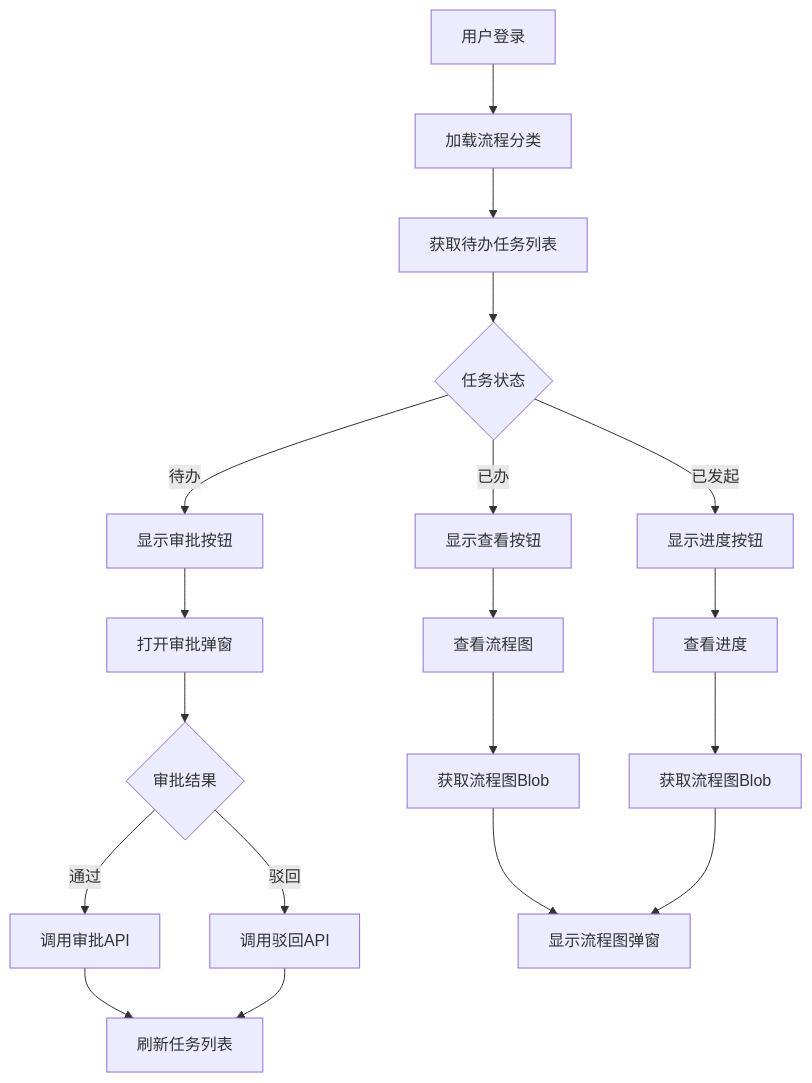
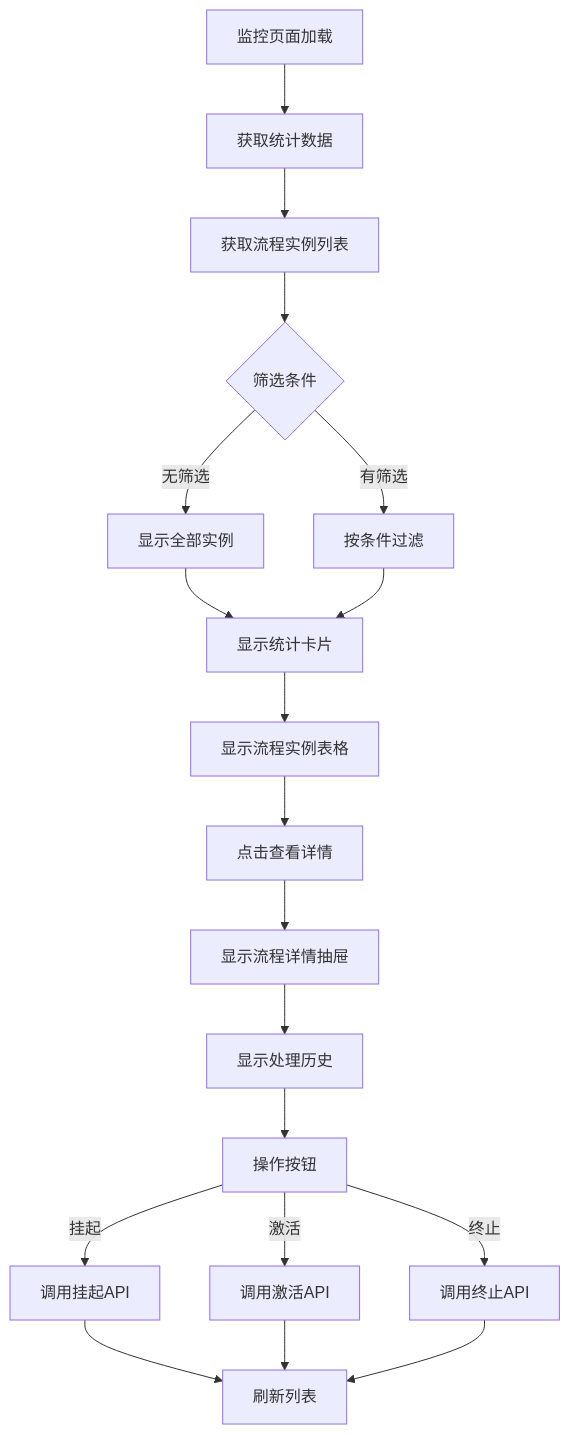
Before and after one commit to yaomindong1996/forge-admin: the fifth of 11 diagrams in .qoder/repowiki/zh/content/前端框架详解/前端工作流组件.md, drawn with Mermaid. The commit also changed other lines of this file and 95 other files, not shown here.

````diff
--- a/.qoder/repowiki/zh/content/前端框架详解/前端工作流组件.md
+++ b/.qoder/repowiki/zh/content/前端框架详解/前端工作流组件.md
@@ -250,21 +414,21 @@
 ```mermaid
 flowchart TD
-A[用户登录] --> B[加载流程分类]
-B --> C[获取待办任务列表]
-C --> D{任务状态}
-D --> |待办| E[显示审批按钮]
-D --> |已办| F[显示查看按钮]
-D --> |已发起| G[显示进度按钮]
-E --> H[打开审批弹窗]
-H --> I{审批结果}
-I --> |通过| J[调用审批API]
-I --> |驳回| K[调用驳回API]
-J --> L[刷新任务列表]
-K --> L
-F --> M[查看流程图]
-G --> N[查看进度]
-M --> O[获取流程图Blob]
-N --> P[获取流程图Blob]
-O --> Q[显示流程图弹窗]
-P --> Q
+A[监控页面加载] --> B[获取统计数据]
+B --> C[获取流程实例列表]
+C --> D{筛选条件}
+D --> |无筛选| E[显示全部实例]
+D --> |有筛选| F[按条件过滤]
+E --> G[显示统计卡片]
+F --> G
+G --> H[显示流程实例表格]
+H --> I[点击查看详情]
+I --> J[显示流程详情抽屉]
+J --> K[显示处理历史]
+K --> L[操作按钮]
+L --> |挂起| M[调用挂起API]
+L --> |激活| N[调用激活API]
+L --> |终止| O[调用终止API]
+M --> P[刷新列表]
+N --> P
+O --> P
 ```
````
